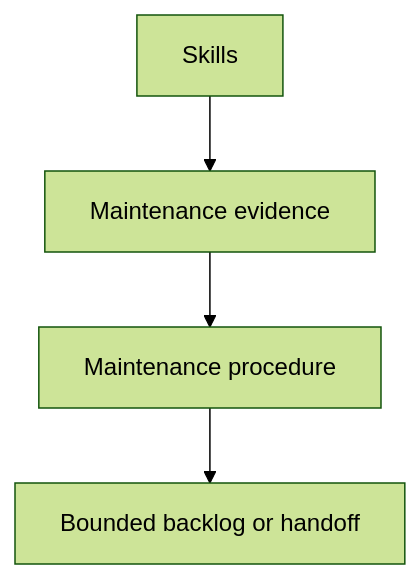
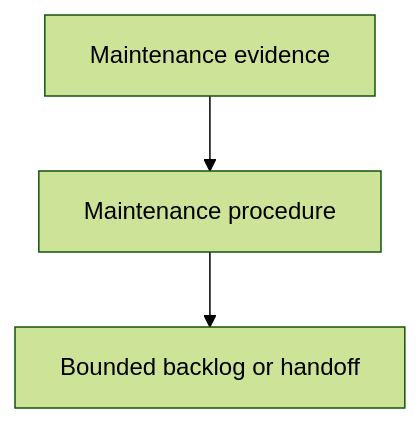
Before and after one commit to abstract-business-systems/as-is: the diagram in skills/maintaining-components/as-is.md, drawn with Mermaid (forest theme). The commit also changed other lines of this file and 51 other files, not shown here.

Commit message:
docs(as-is): improve hierarchical architecture documentation

````diff
--- a/skills/maintaining-components/as-is.md
+++ b/skills/maintaining-components/as-is.md
@@ -17,7 +17,5 @@
 ```mermaid
 flowchart TD
-    Parent["Skills"] --> A["Maintenance evidence"] --> B["Maintenance procedure"]
+    A["Maintenance evidence"] --> B["Maintenance procedure"]
     B --> C["Bounded backlog or handoff"]
-
-    click Parent href "../as-is.md#design" "Open Skills design"
 ```
````
